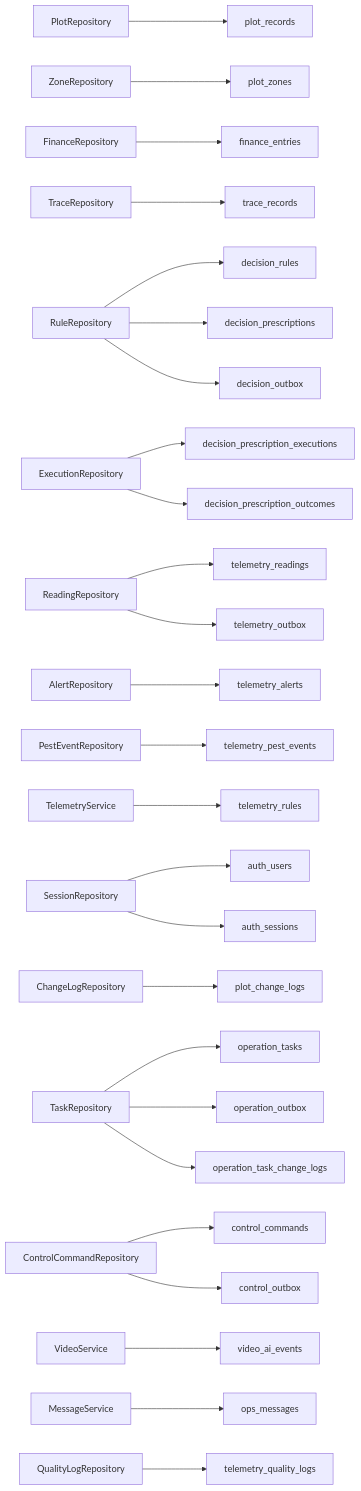
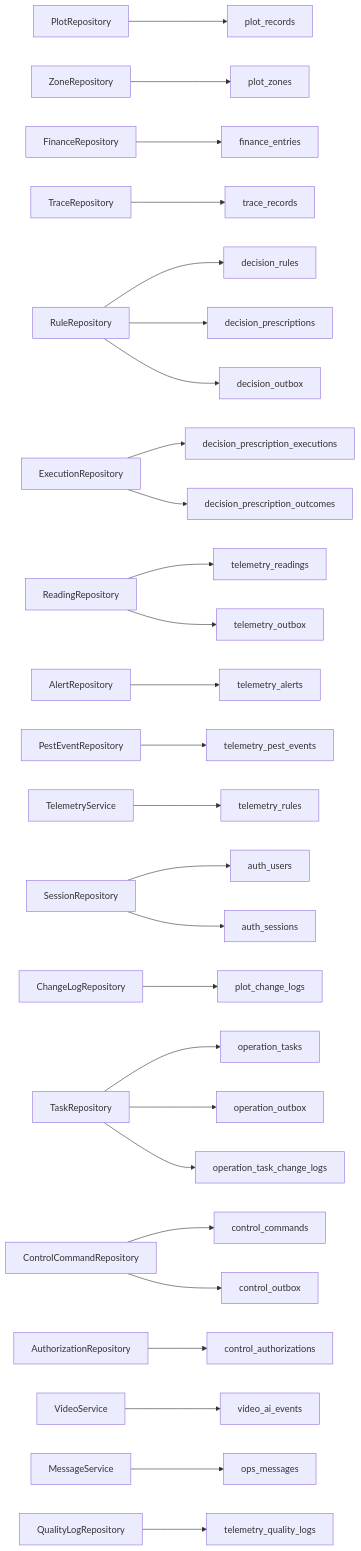
Before and after one commit to q446328246/agri-platform: diagram 20 of 31 in .qoder/repowiki/zh/content/数据库设计/数据库设计.md, drawn with Mermaid. The commit also changed other lines of this file and 46 other files, not shown here.

````diff
--- a/.qoder/repowiki/zh/content/数据库设计/数据库设计.md
+++ b/.qoder/repowiki/zh/content/数据库设计/数据库设计.md
@@ -1601,28 +1694,29 @@
 ```mermaid
 graph LR
 PR["PlotRepository"] --> T1["plot_records"]
 ZR["ZoneRepository"] --> T16["plot_zones"]
 FR["FinanceRepository"] --> T2["finance_entries"]
 TR["TraceRepository"] --> T3["trace_records"]
 RR["RuleRepository"] --> T4["decision_rules"]
 RR --> T5["decision_prescriptions"]
 RR --> T10["decision_outbox"]
 ER["ExecutionRepository"] --> T6["decision_prescription_executions"]
 ER --> T7["decision_prescription_outcomes"]
 RL["ReadingRepository"] --> T8["telemetry_readings"]
 AL["AlertRepository"] --> T9["telemetry_alerts"]
 RL --> T11["telemetry_outbox"]
 PE["PestEventRepository"] --> T15["telemetry_pest_events"]
 TRU["TelemetryService"] --> T14["telemetry_rules"]
 SR["SessionRepository"] --> T12["auth_users"]
 SR --> T13["auth_sessions"]
 CLR["ChangeLogRepository"] --> T18["plot_change_logs"]
 TSR["TaskRepository"] --> T19["operation_tasks"]
 TSR --> T20["operation_outbox"]
 TSR --> T23["operation_task_change_logs"]
 CCR["ControlCommandRepository"] --> T21["control_commands"]
 CCR --> T22["control_outbox"]
+AUR["AuthorizationRepository"] --> T27["control_authorizations"]
 VR["VideoService"] --> T24["video_ai_events"]
 MS["MessageService"] --> T25["ops_messages"]
 QL["QualityLogRepository"] --> T26["telemetry_quality_logs"]
 ```
````
